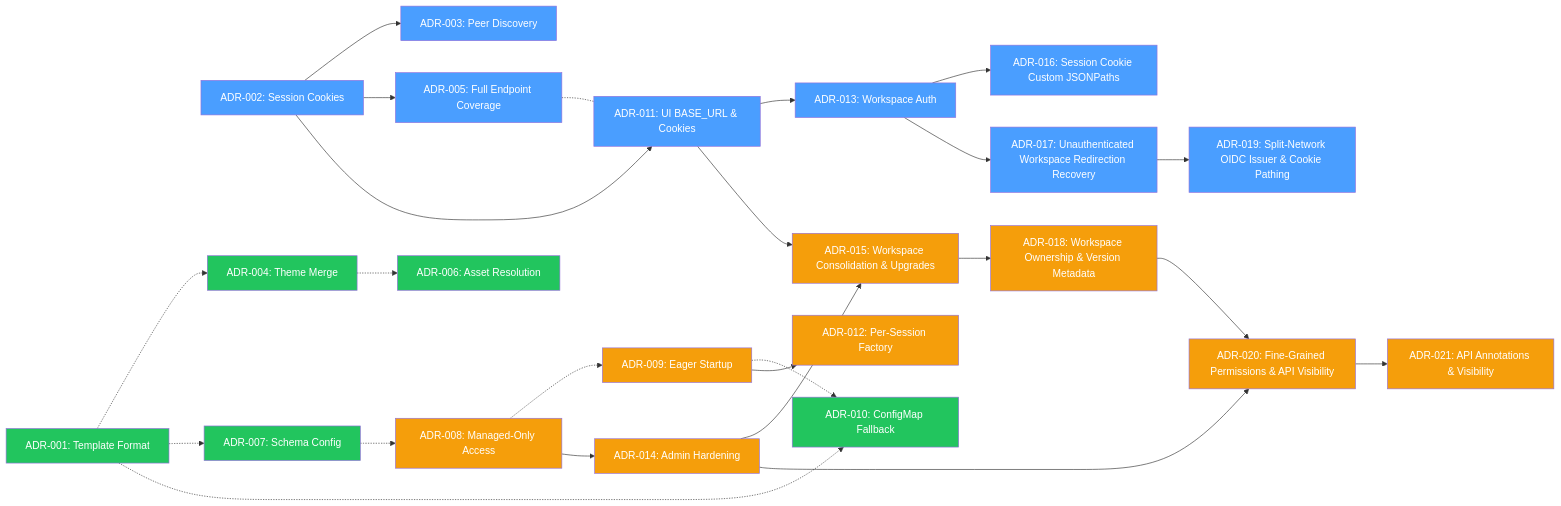
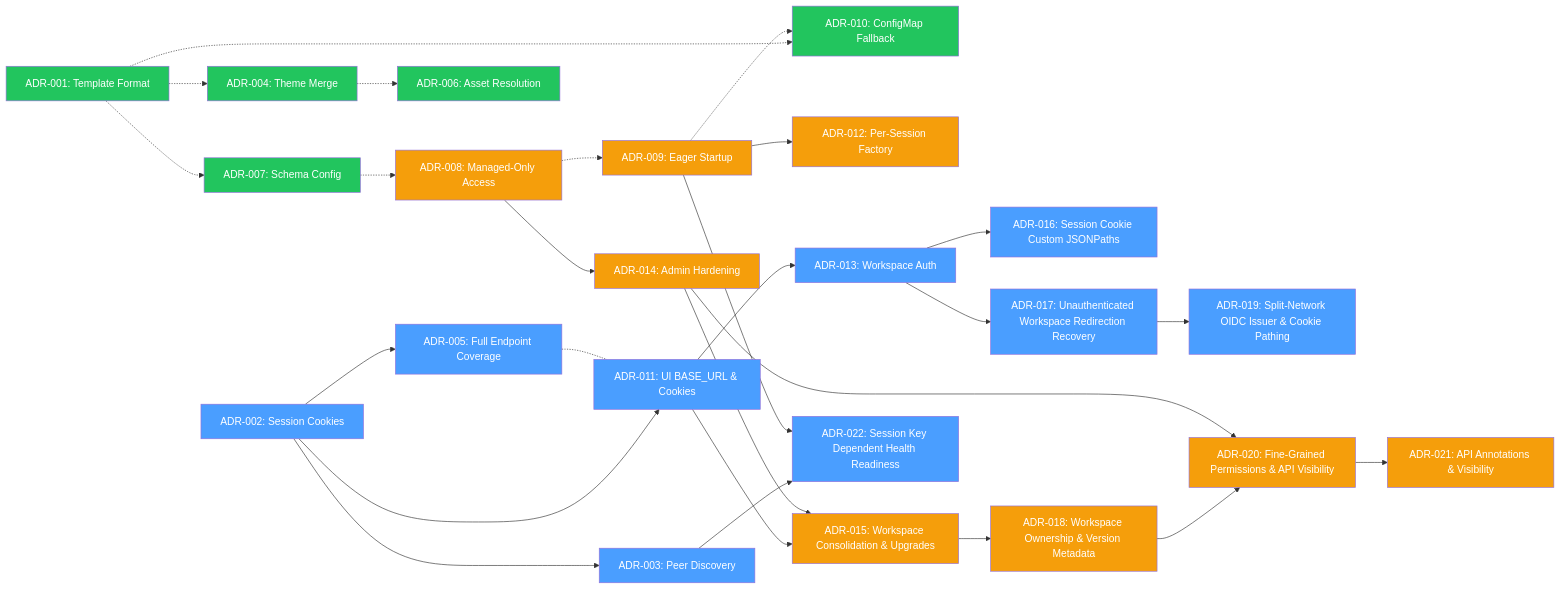
Before and after one commit to nogoo9/no-crd: the diagram in docs/decisions/index.md, drawn with Mermaid. The commit also changed other lines of this file and 59 other files, not shown here.

````diff
--- a/docs/decisions/index.md
+++ b/docs/decisions/index.md
@@ -46,47 +47,50 @@
 ```mermaid
 graph LR
     ADR002["ADR-002: Session Cookies"] --> ADR003["ADR-003: Peer Discovery"]
     ADR002 --> ADR005["ADR-005: Full Endpoint Coverage"]
     ADR001["ADR-001: Template Format"] -.-> ADR004["ADR-004: Theme Merge"]
     ADR004 -.-> ADR006["ADR-006: Asset Resolution"]
     ADR001 -.-> ADR007["ADR-007: Schema Config"]
     ADR007 -.-> ADR008["ADR-008: Managed-Only Access"]
     ADR008 -.-> ADR009["ADR-009: Eager Startup"]
     ADR001 -.-> ADR010["ADR-010: ConfigMap Fallback"]
     ADR009 -.-> ADR010
     ADR002 --> ADR011["ADR-011: UI BASE_URL & Cookies"]
     ADR005 -.- ADR011
     ADR009 --> ADR012["ADR-012: Per-Session Factory"]
     ADR011 --> ADR013["ADR-013: Workspace Auth"]
     ADR008 --> ADR014["ADR-014: Admin Hardening"]
     ADR011 --> ADR015["ADR-015: Workspace Consolidation & Upgrades"]
     ADR014 --> ADR015
     ADR013 --> ADR016["ADR-016: Session Cookie Custom JSONPaths"]
     ADR013 --> ADR017["ADR-017: Unauthenticated Workspace Redirection Recovery"]
     ADR015 --> ADR018["ADR-018: Workspace Ownership & Version Metadata"]
     ADR017 --> ADR019["ADR-019: Split-Network OIDC Issuer & Cookie Pathing"]
     ADR018 --> ADR020["ADR-020: Fine-Grained Permissions & API Visibility"]
     ADR014 --> ADR020
     ADR020 --> ADR021["ADR-021: API Annotations & Visibility"]
+    ADR003 --> ADR022["ADR-022: Session Key Dependent Health Readiness"]
+    ADR009 --> ADR022
     style ADR002 fill:#4a9eff,color:#fff
     style ADR003 fill:#4a9eff,color:#fff
     style ADR005 fill:#4a9eff,color:#fff
     style ADR001 fill:#22c55e,color:#fff
     style ADR004 fill:#22c55e,color:#fff
     style ADR006 fill:#22c55e,color:#fff
     style ADR007 fill:#22c55e,color:#fff
     style ADR008 fill:#f59e0b,color:#fff
     style ADR009 fill:#f59e0b,color:#fff
     style ADR010 fill:#22c55e,color:#fff
     style ADR011 fill:#4a9eff,color:#fff
     style ADR012 fill:#f59e0b,color:#fff
     style ADR013 fill:#4a9eff,color:#fff
     style ADR014 fill:#f59e0b,color:#fff
     style ADR015 fill:#f59e0b,color:#fff
     style ADR016 fill:#4a9eff,color:#fff
     style ADR017 fill:#4a9eff,color:#fff
     style ADR018 fill:#f59e0b,color:#fff
     style ADR019 fill:#4a9eff,color:#fff
     style ADR020 fill:#f59e0b,color:#fff
     style ADR021 fill:#f59e0b,color:#fff
+    style ADR022 fill:#4a9eff,color:#fff
 ```
````
